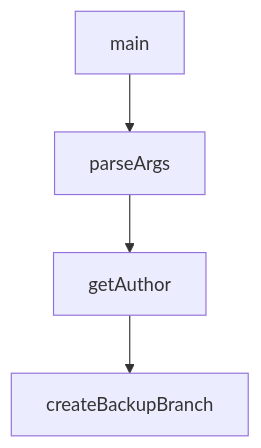
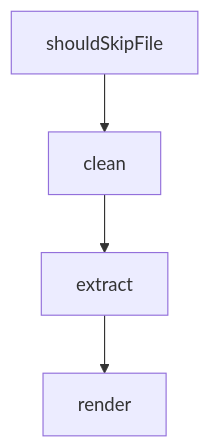
Before and after one commit to johnxie/awesome-code-docs: the diagram in tutorials/kilocode-tutorial/07-cli-tui-architecture-for-contributors.md, drawn with Mermaid. The commit also changed other lines of this file and 1232 other files, not shown here.

````diff
--- a/tutorials/kilocode-tutorial/07-cli-tui-architecture-for-contributors.md
+++ b/tutorials/kilocode-tutorial/07-cli-tui-architecture-for-contributors.md
@@ -207,10 +205,10 @@
 ```mermaid
 flowchart TD
-    A[main]
-    B[parseArgs]
-    C[getAuthor]
-    D[createBackupBranch]
+    A[shouldSkipFile]
+    B[clean]
+    C[extract]
+    D[render]
     A --> B
     B --> C
     C --> D
 ```
````
